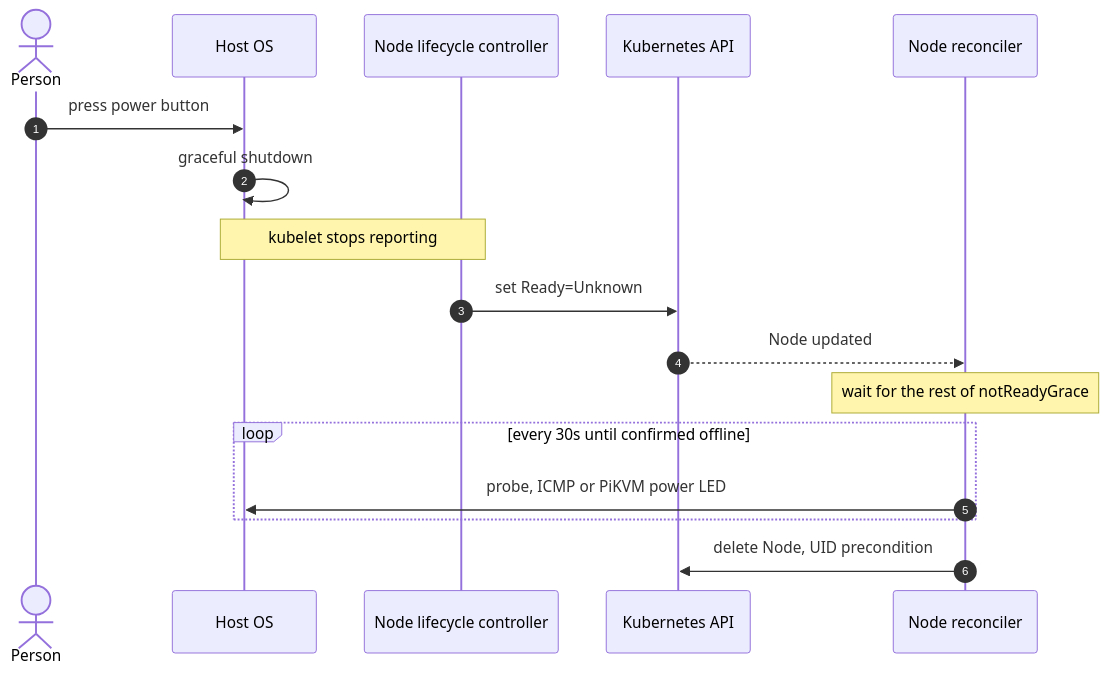
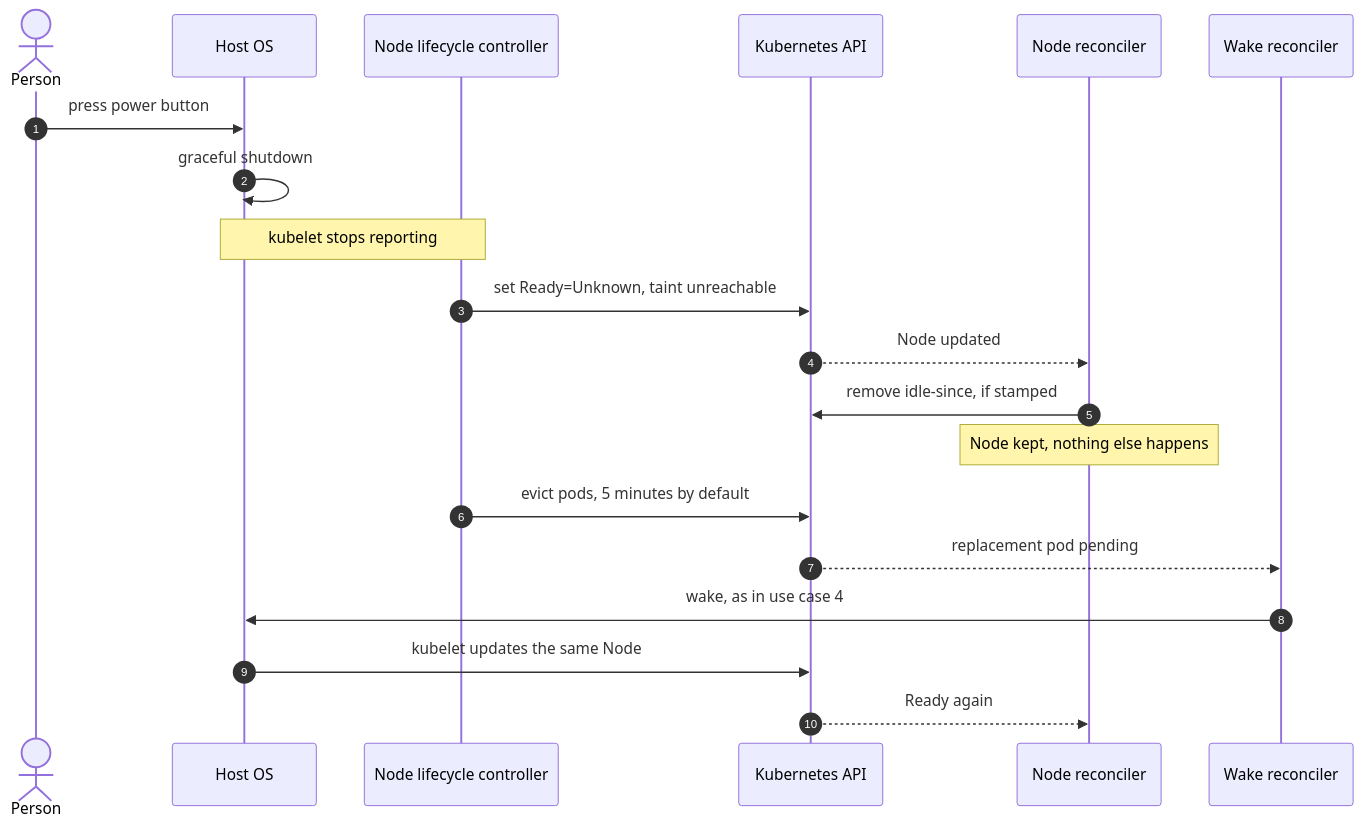
The fifth of 6 diagrams in docs/how-it-works.md (kiemlicz/nekromancer), drawn with Mermaid before and after one commit. The commit also changed other lines of this file and 16 other files, not shown here.

First line of the commit message:
Never delete a Node just because it went NotReady

````diff
--- a/docs/how-it-works.md
+++ b/docs/how-it-works.md
@@ -157,22 +160,23 @@
 ```mermaid
 sequenceDiagram
     autonumber
     actor Person
     participant Host as Host OS
     participant CM as Node lifecycle controller
     participant API as Kubernetes API
     participant NR as Node reconciler
+    participant WR as Wake reconciler
 
     Person->>Host: press power button
     Host->>Host: graceful shutdown
     Note over Host,CM: kubelet stops reporting
-    CM->>API: set Ready=Unknown
+    CM->>API: set Ready=Unknown, taint unreachable
     API-->>NR: Node updated
-    Note over NR: wait for the rest of notReadyGrace
-
-    loop every 30s until confirmed offline
-        NR->>Host: probe, ICMP or PiKVM power LED
-    end
-
-    NR->>API: delete Node, UID precondition
+    NR->>API: remove idle-since, if stamped
+    Note over NR: Node kept, nothing else happens
+    CM->>API: evict pods, 5 minutes by default
+    API-->>WR: replacement pod pending
+    WR->>Host: wake, as in use case 4
+    Host->>API: kubelet updates the same Node
+    API-->>NR: Ready again
 ```
````
